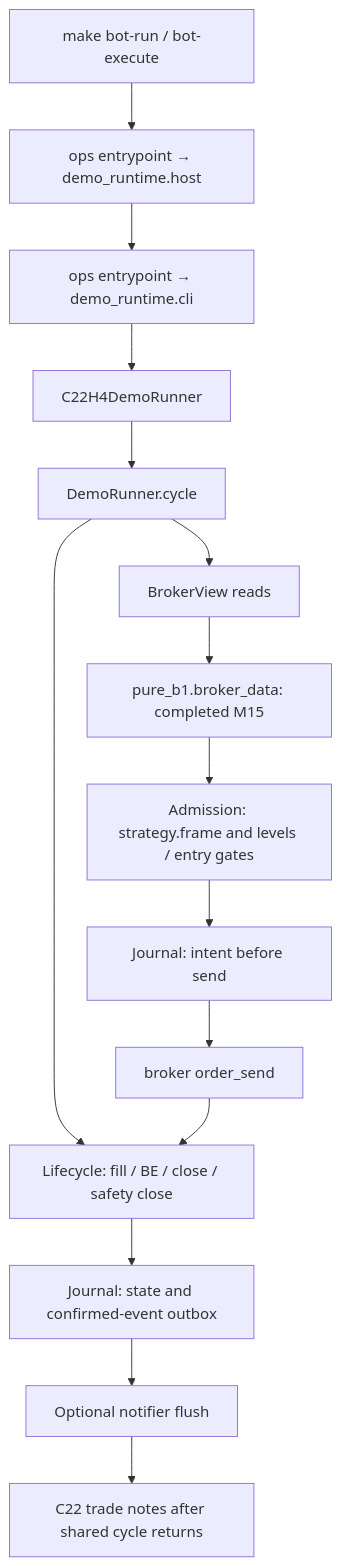
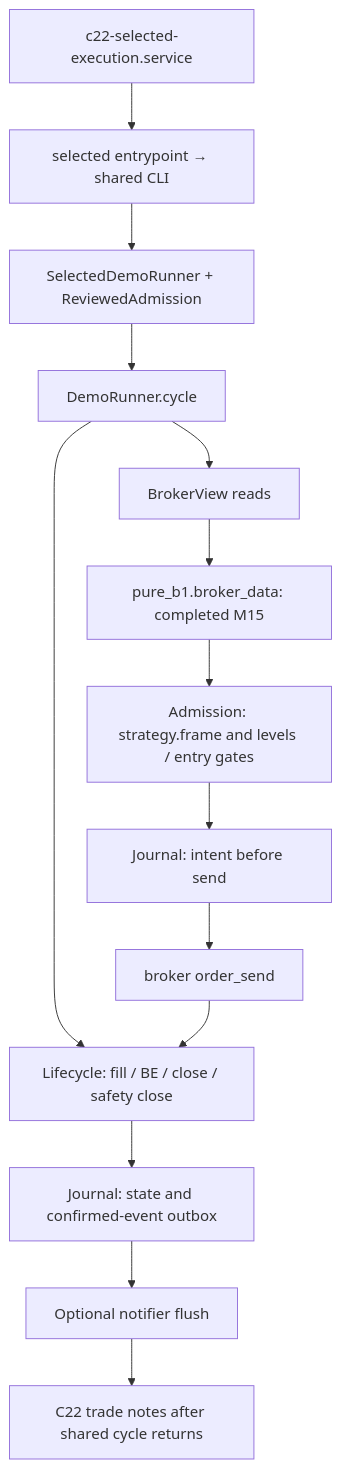
The diagram in docs/architecture/codebase-layout.md (Piti9427/XAUUSD_Scalper), drawn with Mermaid before and after one commit. The commit also changed other lines of this file and 80 other files, not shown here.

Commit message:
Document selected26b8 runtime updates, operational specs, and research verdicts

````diff
--- a/docs/architecture/codebase-layout.md
+++ b/docs/architecture/codebase-layout.md
@@ -38,17 +41,16 @@
 ```mermaid
 flowchart TD
-    Make[make bot-run / bot-execute] --> Host[ops entrypoint → demo_runtime.host]
-    Host --> CLI[ops entrypoint → demo_runtime.cli]
-    CLI --> C22[C22H4DemoRunner]
+    Service[c22-selected-execution.service] --> CLI[selected entrypoint → shared CLI]
+    CLI --> C22[SelectedDemoRunner + ReviewedAdmission]
     C22 --> Runner[DemoRunner.cycle]
     Runner --> Broker[BrokerView reads]
     Broker --> Data[pure_b1.broker_data: completed M15]
     Data --> Admission[Admission: strategy.frame and levels / entry gates]
     Admission --> Intent[Journal: intent before send]
     Intent --> Send[broker order_send]
     Runner --> Lifecycle[Lifecycle: fill / BE / close / safety close]
     Send --> Lifecycle
     Lifecycle --> Journal[Journal: state and confirmed-event outbox]
     Journal --> Notify[Optional notifier flush]
     Notify --> Notes[C22 trade notes after shared cycle returns]
 ```
````
